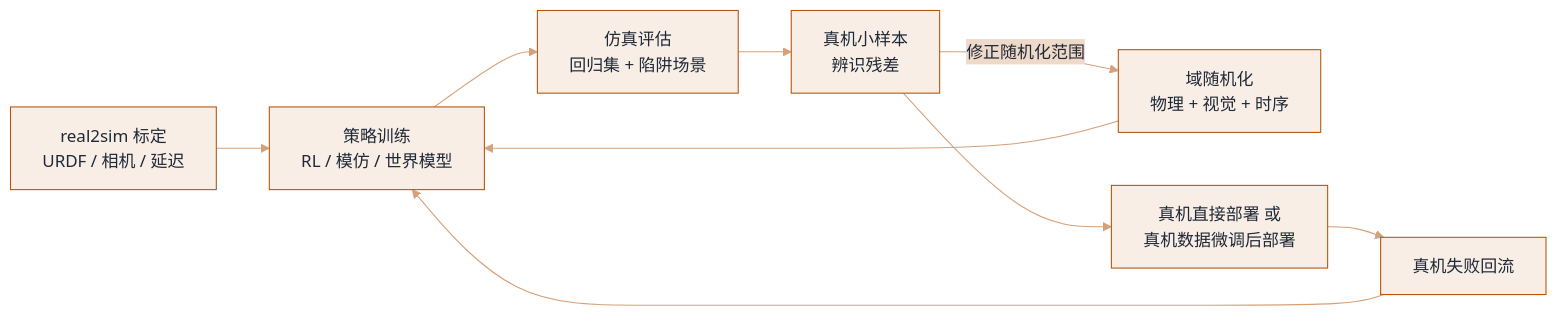
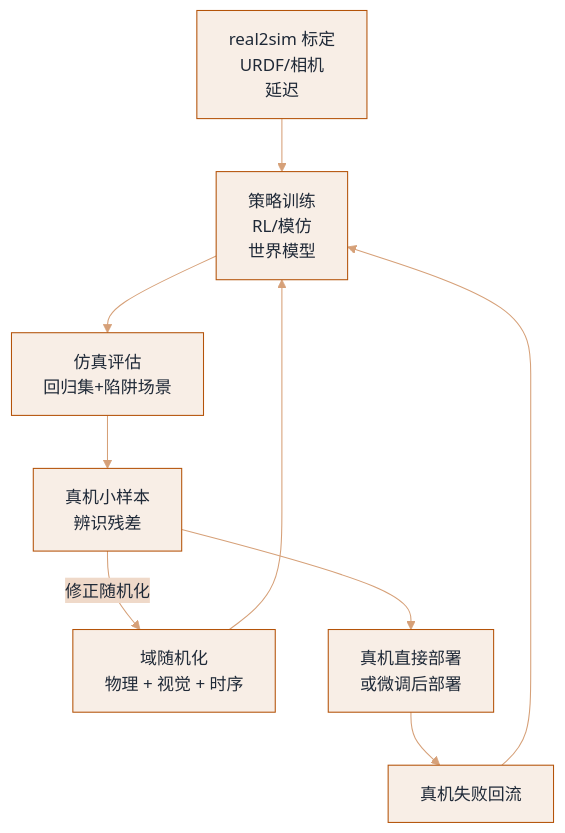
Before and after one commit to funny8kids/ai-agent-handbook: the diagram in docs/17-embodied-ai/simulation-sim2real.md, drawn with Mermaid. The commit also changed other lines of this file and 45 other files, not shown here.

First line of the commit message:
Thicken 12 thin pages, clear 25 over-width diagrams, re-proportion 10 thin-ribbon diagrams

````diff
--- a/docs/17-embodied-ai/simulation-sim2real.md
+++ b/docs/17-embodied-ai/simulation-sim2real.md
@@ -28,11 +28,11 @@
 ```mermaid
 %%{init: {"theme":"base","themeVariables":{"primaryColor":"#F8EEE6","primaryBorderColor":"#B45309","primaryTextColor":"#1F2937","secondaryColor":"#EFD9C9","tertiaryColor":"#FCF8F5","lineColor":"#D6A078","actorBkg":"#F9F1EB","actorBorder":"#B45309","actorTextColor":"#1F2937","signalColor":"#CB8753","noteBkgColor":"#F2E0D3","noteBorderColor":"#B45309","noteTextColor":"#1F2937","labelBoxBkgColor":"#F8EEE6","labelBoxBorderColor":"#B45309"}}}%%
-flowchart LR
-  R2S[real2sim 标定<br/>URDF / 相机 / 延迟] --> TR[策略训练<br/>RL / 模仿 / 世界模型]
+flowchart TB
+  R2S[real2sim 标定<br/>URDF/相机<br/>延迟] --> TR[策略训练<br/>RL/模仿<br/>世界模型]
   DR[域随机化<br/>物理 + 视觉 + 时序] --> TR
-  TR --> EV[仿真评估<br/>回归集 + 陷阱场景]
+  TR --> EV[仿真评估<br/>回归集+陷阱场景]
   EV --> SYSID[真机小样本<br/>辨识残差]
-  SYSID -- 修正随机化范围 --> DR
-  SYSID --> ZEROSHOT[真机直接部署 或<br/>真机数据微调后部署]
+  SYSID -- 修正随机化 --> DR
+  SYSID --> ZEROSHOT[真机直接部署<br/>或微调后部署]
   ZEROSHOT --> FLY[真机失败回流] --> TR
 ```
````
